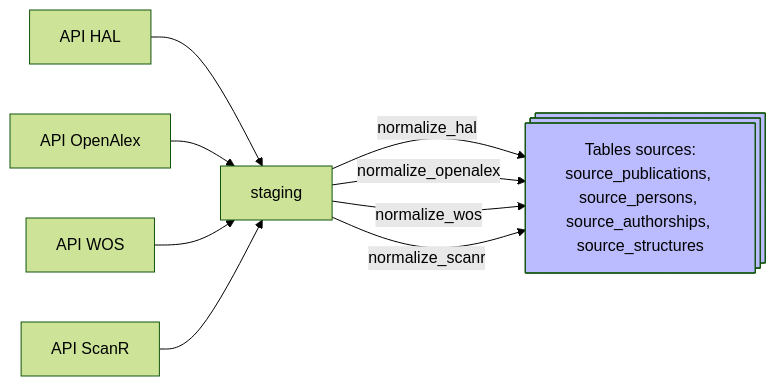
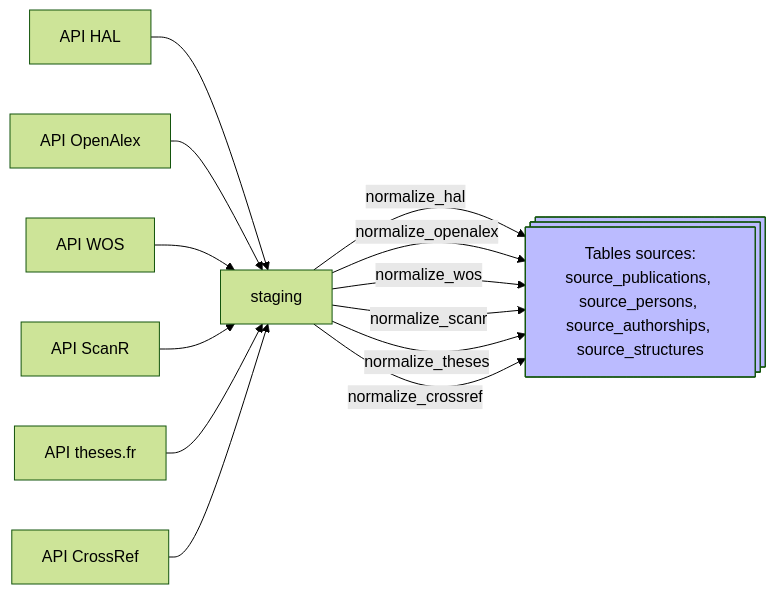
The second of 9 diagrams in docs/pipeline.md (Y33sha/bibliometrie-uca), drawn with Mermaid (forest theme) before and after one commit. The commit also changed other lines of this file and 2 other files, not shown here.

````diff
--- a/docs/pipeline.md
+++ b/docs/pipeline.md
@@ -97,10 +97,12 @@
 ```mermaid
 flowchart LR
     A[API HAL]-->B[staging]-->|normalize_hal|G@{ shape: processes, label: "Tables sources:
     source_publications, source_persons, source_authorships, source_structures" }
     C[API OpenAlex]-->B-->|normalize_openalex|G
     E[API WOS]-->B-->|normalize_wos|G
     K[API ScanR]-->B-->|normalize_scanr|G
+    L[API theses.fr]-->B-->|normalize_theses|G
+    M[API CrossRef]-->B-->|normalize_crossref|G
     classDef new  fill:#bbf
     class G new;
 ```
````
